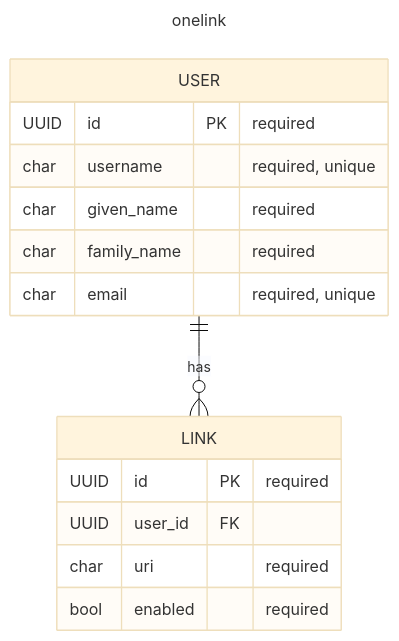
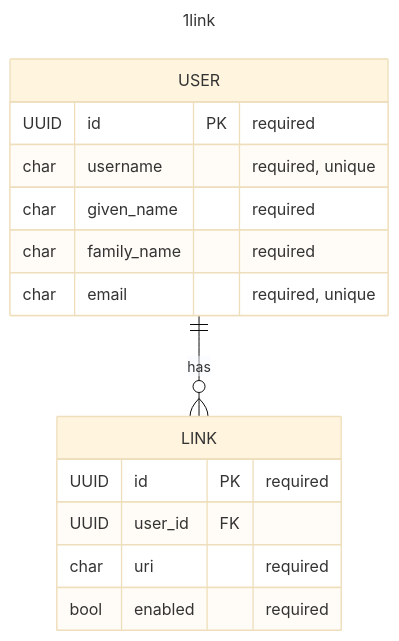
The diagram in data/diagrams/ERD.mmd (eisukeesaki/1link), drawn with Mermaid (base theme) before and after one commit. The commit also changed 1 other file, not shown here.

Commit message:
changed ERD name

```diff
--- a/data/diagrams/ERD.mmd
+++ b/data/diagrams/ERD.mmd
@@ -1,18 +1,18 @@
 ---
-title: onelink
+title: 1link
 ---
 erDiagram
     USER ||--o{ LINK: "has"
     USER {
         UUID id PK "required"
         char username "required, unique"
         char given_name "required"
         char family_name "required"
         char email "required, unique"
     }
     LINK {
         UUID id PK "required"
         UUID user_id FK
         char uri "required"
         bool enabled "required"
     }
```
